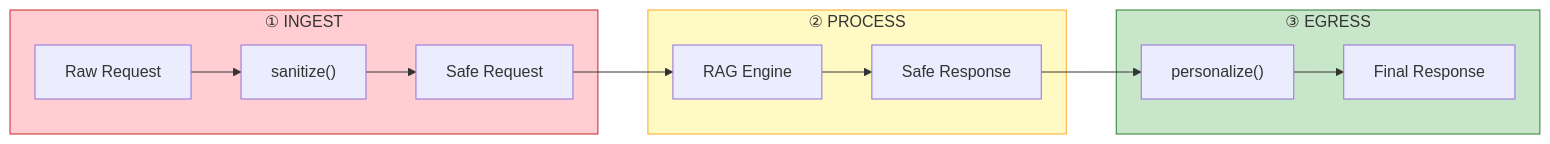
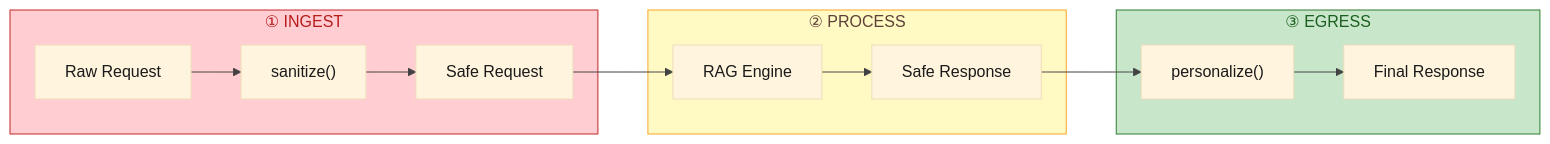
One commit to Px8Studio/yonja changed the eighth of 19 diagrams in docs/zekalab/03-ARCHITECTURE.md. Above: the diagram before and after it, drawn with Mermaid. The commit also changed other lines of this file and 2 other files, not shown here.

Commit message:
Refine styling in architecture diagrams for improved clarity and consistency

````diff
--- a/docs/zekalab/03-ARCHITECTURE.md
+++ b/docs/zekalab/03-ARCHITECTURE.md
@@ -280,25 +285,26 @@
 ```mermaid
+%%{init: {'theme': 'base', 'themeVariables': { 'primaryTextColor': '#1a1a1a', 'lineColor': '#424242'}}}%%
 flowchart LR
     subgraph ingest["① INGEST"]
         raw["Raw Request"]
         sanitize["sanitize()"]
         safe["Safe Request"]
         raw --> sanitize --> safe
     end
     
     subgraph process["② PROCESS"]
         rag["RAG Engine"]
         safeRes["Safe Response"]
         safe --> rag --> safeRes
     end
     
     subgraph egress["③ EGRESS"]
         personal["personalize()"]
         final["Final Response"]
         safeRes --> personal --> final
     end
     
-    style ingest fill:#ffcdd2,stroke:#c62828
-    style process fill:#fff9c4,stroke:#f9a825
-    style egress fill:#c8e6c9,stroke:#2e7d32
+    style ingest fill:#ffcdd2,stroke:#c62828,color:#b71c1c
+    style process fill:#fff9c4,stroke:#f9a825,color:#5d4037
+    style egress fill:#c8e6c9,stroke:#2e7d32,color:#1b5e20
 ```
````
